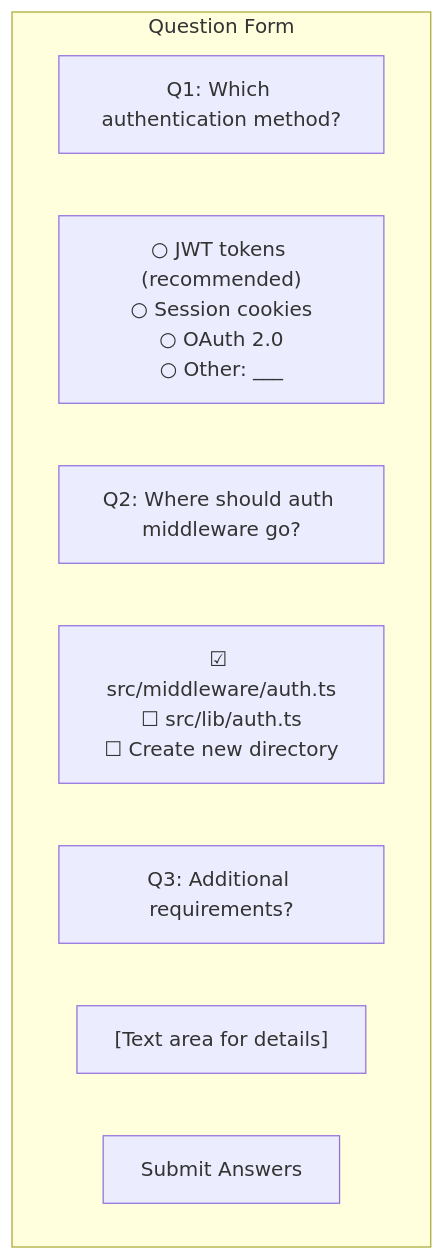
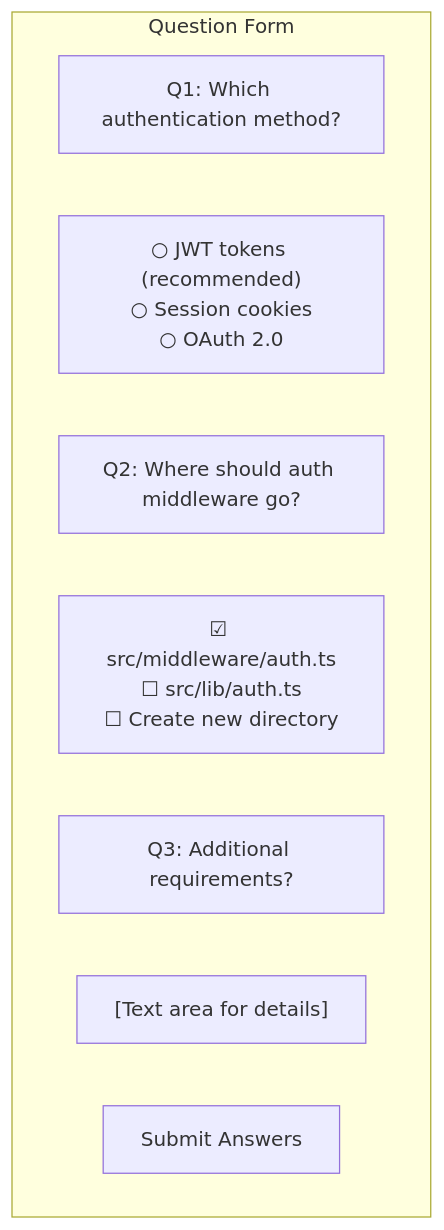
One commit to clrke/ralph-web changed diagram 14 of 15 in README.md. Above: the diagram before and after it, drawn with Mermaid. The commit also changed other lines of this file, not shown here.

````diff
--- a/README.md
+++ b/README.md
@@ -1185,15 +1224,15 @@
 ```mermaid
 flowchart TB
     subgraph QuestionForm["Question Form"]
         Q1["Q1: Which authentication method?"]
-        Q1Opts["○ JWT tokens (recommended)<br/>○ Session cookies<br/>○ OAuth 2.0<br/>○ Other: ___"]
+        Q1Opts["○ JWT tokens (recommended)<br/>○ Session cookies<br/>○ OAuth 2.0"]
 
         Q2["Q2: Where should auth middleware go?"]
         Q2Opts["☑ src/middleware/auth.ts<br/>☐ src/lib/auth.ts<br/>☐ Create new directory"]
 
         Q3["Q3: Additional requirements?"]
         Q3Text["[Text area for details]"]
 
         Submit["Submit Answers"]
     end
 ```
````
